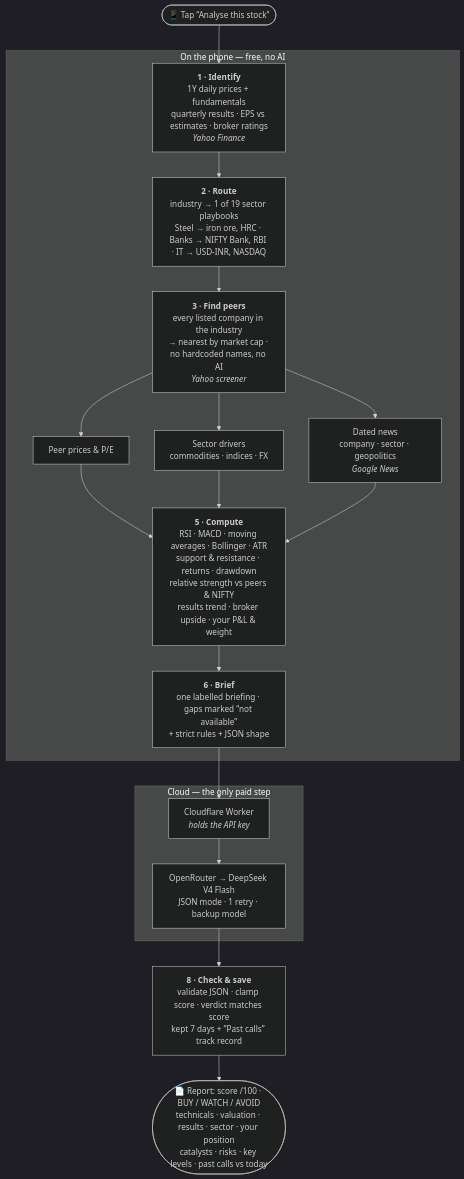
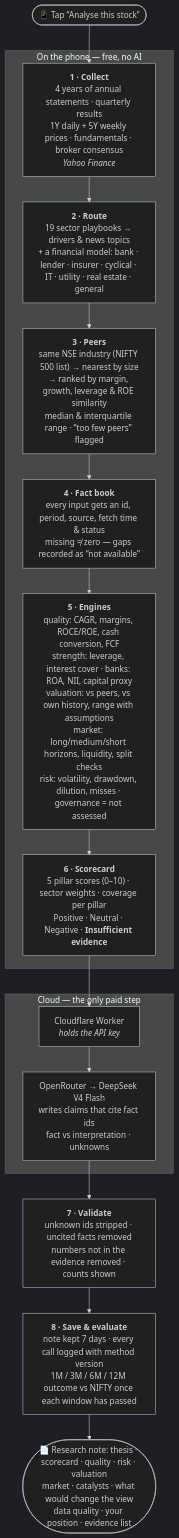
One commit to Rohan-A-R/expense-tracker changed the diagram in README.md. Above: the diagram before and after it, drawn with Mermaid (dark theme). The commit also changed other lines of this file and 6 other files, not shown here.

Commit message:
docs: research method v2 in README, CLAUDE.md, tour and probes

````diff
--- a/README.md
+++ b/README.md
@@ -54,25 +54,23 @@
 ```mermaid
 flowchart TD
     A([📱 Tap “Analyse this stock”]) --> B
 
     subgraph PHONE["On the phone — free, no AI"]
-        B["<b>1 · Identify</b><br/>1Y daily prices + fundamentals<br/>quarterly results · EPS vs estimates · broker ratings<br/><i>Yahoo Finance</i>"]
-        B --> C["<b>2 · Route</b><br/>industry → 1 of 19 sector playbooks<br/>Steel → iron ore, HRC · Banks → NIFTY Bank, RBI · IT → USD-INR, NASDAQ"]
-        C --> D["<b>3 · Find peers</b><br/>every listed company in the industry<br/>→ nearest by market cap · no hardcoded names, no AI<br/><i>Yahoo screener</i>"]
-        D --> E1 & E2 & E3
-        E1["Peer prices & P/E"]
-        E2["Sector drivers<br/>commodities · indices · FX"]
-        E3["Dated news<br/>company · sector · geopolitics<br/><i>Google News</i>"]
-        E1 & E2 & E3 --> F["<b>5 · Compute</b><br/>RSI · MACD · moving averages · Bollinger · ATR<br/>support & resistance · returns · drawdown<br/>relative strength vs peers & NIFTY<br/>results trend · broker upside · your P&L & weight"]
-        F --> G["<b>6 · Brief</b><br/>one labelled briefing · gaps marked “not available”<br/>+ strict rules + JSON shape"]
+        B["<b>1 · Collect</b><br/>4 years of annual statements · quarterly results<br/>1Y daily + 5Y weekly prices · fundamentals · broker consensus<br/><i>Yahoo Finance</i>"]
+        B --> C["<b>2 · Route</b><br/>19 sector playbooks → drivers & news topics<br/>+ a financial model: bank · lender · insurer · cyclical · IT · utility · real estate · general"]
+        C --> D["<b>3 · Peers</b><br/>same NSE industry (NIFTY 500 list) → nearest by size<br/>→ ranked by margin, growth, leverage & ROE similarity<br/>median & interquartile range · “too few peers” flagged"]
+        D --> E["<b>4 · Fact book</b><br/>every input gets an id, period, source, fetch time & status<br/>missing ≠ zero — gaps recorded as “not available”"]
+        E --> F["<b>5 · Engines</b><br/>quality: CAGR, margins, ROCE/ROE, cash conversion, FCF<br/>strength: leverage, interest cover · banks: ROA, NII, capital proxy<br/>valuation: vs peers, vs own history, range with assumptions<br/>market: long/medium/short horizons, liquidity, split checks<br/>risk: volatility, drawdown, dilution, misses · governance = not assessed"]
+        F --> G["<b>6 · Scorecard</b><br/>5 pillar scores (0–10) · sector weights · coverage per pillar<br/>Positive · Neutral · Negative · <b>Insufficient evidence</b>"]
     end
 
     G --> H
 
     subgraph CLOUD["Cloud — the only paid step"]
-        H["Cloudflare Worker<br/><i>holds the API key</i>"] --> I["OpenRouter → DeepSeek V4 Flash<br/>JSON mode · 1 retry · backup model"]
+        H["Cloudflare Worker<br/><i>holds the API key</i>"] --> I["OpenRouter → DeepSeek V4 Flash<br/>writes claims that cite fact ids<br/>fact vs interpretation · unknowns"]
     end
 
-    I --> J["<b>8 · Check & save</b><br/>validate JSON · clamp score · verdict matches score<br/>kept 7 days + “Past calls” track record"]
-    J --> K([📄 Report: score /100 · BUY / WATCH / AVOID<br/>technicals · valuation · results · sector · your position<br/>catalysts · risks · key levels · past calls vs today])
+    I --> J["<b>7 · Validate</b><br/>unknown ids stripped · uncited facts removed<br/>numbers not in the evidence removed · counts shown"]
+    J --> K["<b>8 · Save & evaluate</b><br/>note kept 7 days · every call logged with method version<br/>1M / 3M / 6M / 12M outcome vs NIFTY once each window has passed"]
+    K --> L([📄 Research note: thesis · scorecard · quality · risk · valuation<br/>market · catalysts · what would change the view<br/>data quality · your position · evidence list])
 ```
````
